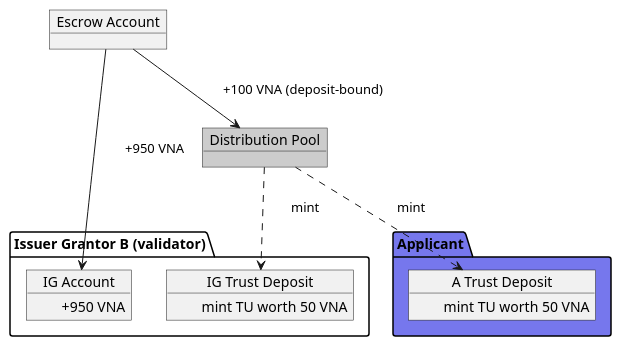
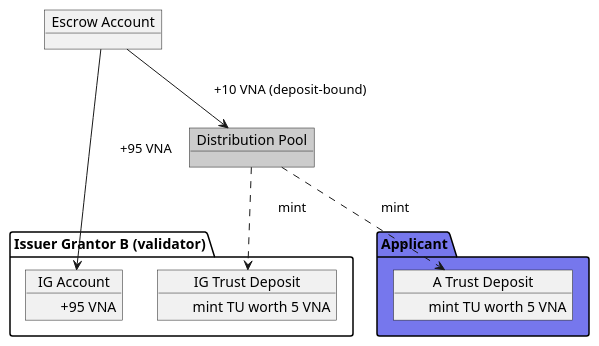
The ninth of 21 diagrams in spec.md (verana-labs/verifiable-trust-vpr-spec), drawn with PlantUML before and after one commit. The commit also changed other lines of this file, not shown here.

First line of the commit message:
docs(spec): use realistic VNA amounts in examples

````diff
--- a/spec.md
+++ b/spec.md
@@ -782,31 +782,31 @@
 ```plantuml
 
 @startuml
 scale max 1200 width
 
 package "Issuer Grantor B (validator)" as ig {
     object "IG Account" as iga {
-        \t+950 VNA
+        \t+95 VNA
     }
     object "IG Trust Deposit" as igtd {
-        \tmint TU worth 50 VNA
+        \tmint TU worth 5 VNA
     }
 }
 package "Applicant" as a #7677ed {
     object "A Trust Deposit" as atd {
-        \tmint TU worth 50 VNA
+        \tmint TU worth 5 VNA
     }
 }
 object "Escrow Account" as escrow
 object "Distribution Pool" as pool #cccccc
 
 
 
-escrow -r-> iga: \t+950 VNA
-escrow --> pool: \t+100 VNA (deposit-bound)
+escrow -r-> iga: \t+95 VNA
+escrow --> pool: \t+10 VNA (deposit-bound)
 pool ..> igtd: \tmint
 pool ..> atd: \tmint
 
 @enduml
 
 ```
````
